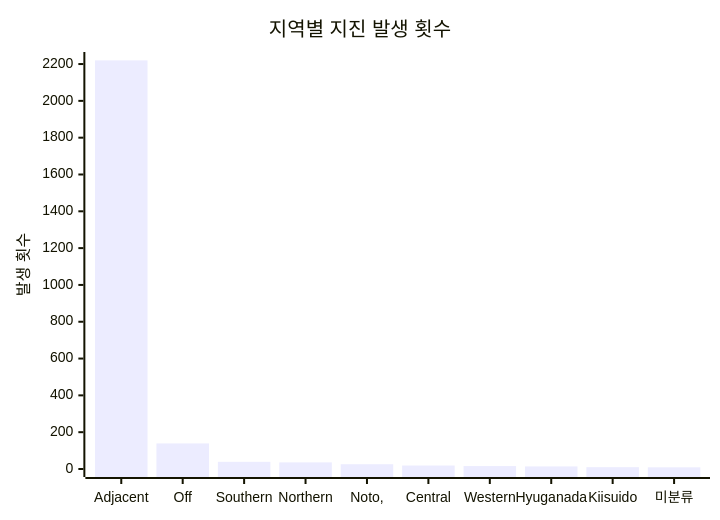
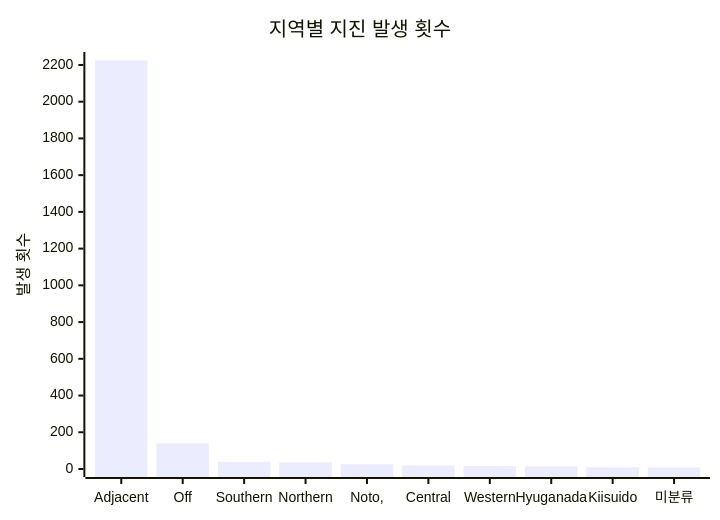
The diagram in charts/region-chart.md (serendip811/japan-eq), drawn with Mermaid before and after one commit. The commit also changed other lines of this file and 5 other files, not shown here.

Commit message:
Update earthquake data and charts Wed Sep 17 18:05:43 UTC 2025

````diff
--- a/charts/region-chart.md
+++ b/charts/region-chart.md
@@ -3,7 +3,7 @@
 ```mermaid
 xychart-beta
     title "지역별 지진 발생 횟수"
     x-axis ["Adjacent", "Off", "Southern", "Northern", "Noto,", "Central", "Western", "Hyuganada", "Kiisuido", "미분류"]
-    y-axis "발생 횟수" 0 --> 2222
-    bar [2220, 139, 39, 36, 26, 19, 16, 14, 10, 9]
+    y-axis "발생 횟수" 0 --> 2227
+    bar [2225, 139, 39, 36, 26, 19, 16, 14, 10, 9]
 ```
````
